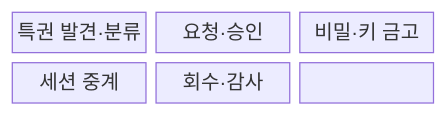
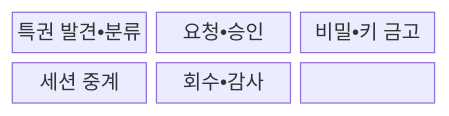
Before and after one commit to agnusdei1207/knowledge-base: the first of 2 diagrams in src/content/docs/notes/05-security/062_pam.md, drawn with Mermaid. The commit also changed other lines of this file and 953 other files, not shown here.

````diff
--- a/src/content/docs/notes/05-security/062_pam.md
+++ b/src/content/docs/notes/05-security/062_pam.md
@@ -64,10 +64,10 @@
 ```mermaid
 block-beta
   columns 3
-  A["특권 발견·분류"]
-  B["요청·승인"]
-  C["비밀·키 금고"]
+  A["특권 발견•분류"]
+  B["요청•승인"]
+  C["비밀•키 금고"]
   D["세션 중계"]
-  E["회수·감사"]
+  E["회수•감사"]
     A --> B --> C --> D --> E
 ```
````
